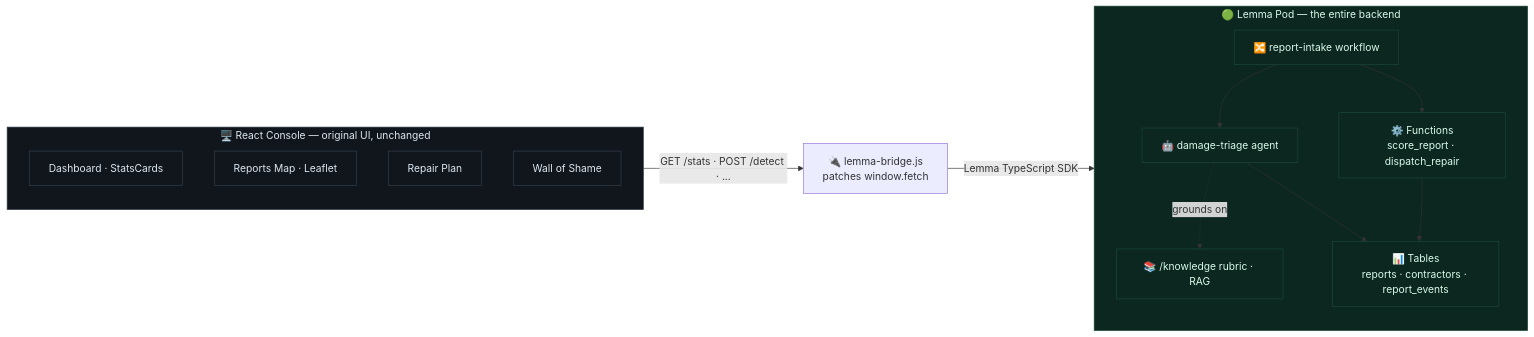
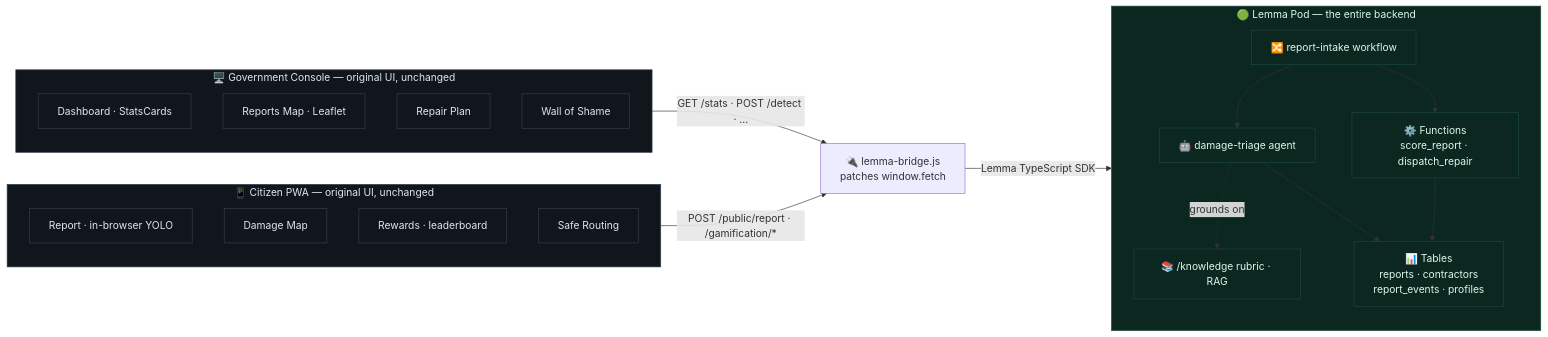
One commit to SaudSatopay/crackwatch-lemma changed the first of 4 diagrams in README.md. Above: the diagram before and after it, drawn with Mermaid. The commit also changed other lines of this file and 22 other files, not shown here.

First line of the commit message:
feat: add CrackWatch Citizen app on Lemma + gamification profiles table

````diff
--- a/README.md
+++ b/README.md
@@ -27,34 +31,43 @@
 ```mermaid
 flowchart LR
-    subgraph UI["🖥️  React Console — original UI, unchanged"]
+    subgraph UI["🖥️  Government Console — original UI, unchanged"]
         direction TB
         C1["Dashboard · StatsCards"]
         C2["Reports Map · Leaflet"]
         C3["Repair Plan"]
         C4["Wall of Shame"]
     end
 
+    subgraph APP["📱  Citizen PWA — original UI, unchanged"]
+        direction TB
+        A1["Report · in-browser YOLO"]
+        A2["Damage Map"]
+        A3["Rewards · leaderboard"]
+        A4["Safe Routing"]
+    end
+
     BR["🔌 lemma-bridge.js<br/>patches window.fetch"]
 
     subgraph POD["🟢  Lemma Pod — the entire backend"]
         direction TB
-        TB["📊 Tables<br/>reports · contractors · report_events"]
+        TB["📊 Tables<br/>reports · contractors<br/>report_events · profiles"]
         AG["🤖 damage-triage agent"]
         FN["⚙️ Functions<br/>score_report · dispatch_repair"]
         WF["🔀 report-intake workflow"]
         RAG["📚 /knowledge rubric · RAG"]
     end
 
     UI -- "GET /stats · POST /detect · ..." --> BR
+    APP -- "POST /public/report · /gamification/*" --> BR
     BR -- "Lemma TypeScript SDK" --> POD
     WF --> AG
     WF --> FN
     AG -. "grounds on" .-> RAG
     AG --> TB
     FN --> TB
 
     classDef pod fill:#0c2620,stroke:#1c4a3a,color:#d9fbe9;
     classDef ui fill:#11161d,stroke:#33414f,color:#dde7f0;
     class POD,TB,AG,FN,WF,RAG pod
-    class UI,C1,C2,C3,C4 ui
+    class UI,C1,C2,C3,C4,APP,A1,A2,A3,A4 ui
 ```
````
